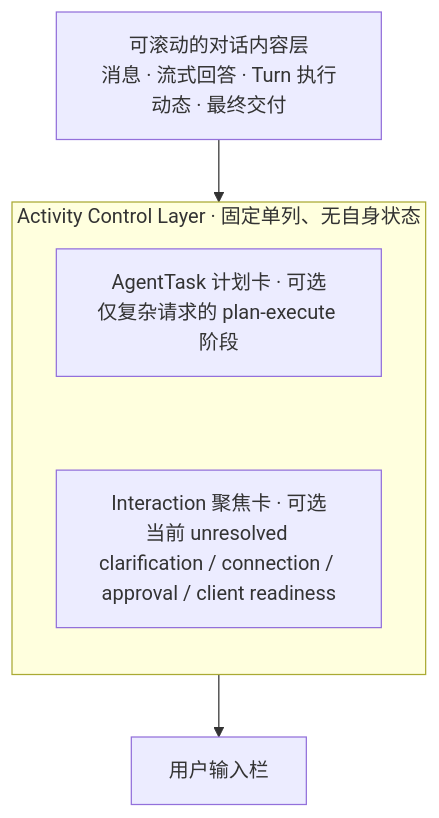
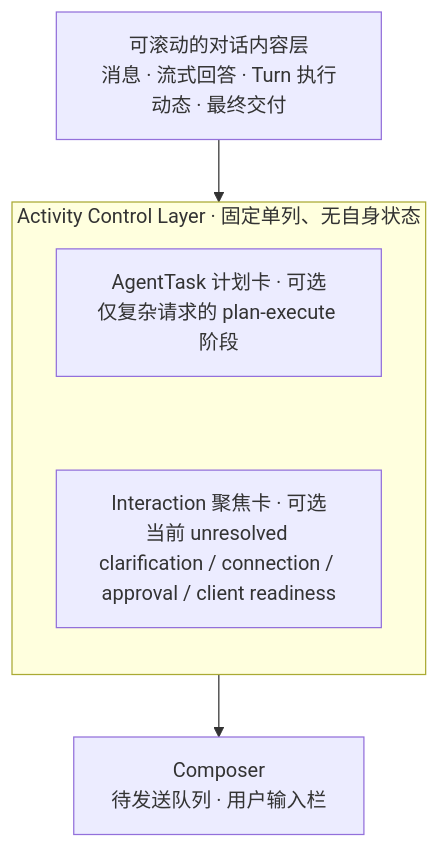
Before and after one commit to studyzhige-ui/Interview_Copilot: the second of 3 diagrams in docs/architecture/full-cycle-career-copilot.md, drawn with Mermaid. The commit also changed other lines of this file, not shown here.

````diff
--- a/docs/architecture/full-cycle-career-copilot.md
+++ b/docs/architecture/full-cycle-career-copilot.md
@@ -956,14 +978,14 @@
 ```mermaid
 flowchart TB
     Content["可滚动的对话内容层<br/>消息 · 流式回答 · Turn 执行动态 · 最终交付"]
 
     subgraph Control["Activity Control Layer · 固定单列、无自身状态"]
         direction TB
         Plan["AgentTask 计划卡 · 可选<br/>仅复杂请求的 plan-execute 阶段"]
         Interaction["Interaction 聚焦卡 · 可选<br/>当前 unresolved clarification / connection / approval / client readiness"]
         Plan ~~~ Interaction
     end
 
-    Composer["用户输入栏"]
+    Composer["Composer<br/>待发送队列 · 用户输入栏"]
     Content --> Control --> Composer
 ```
````
